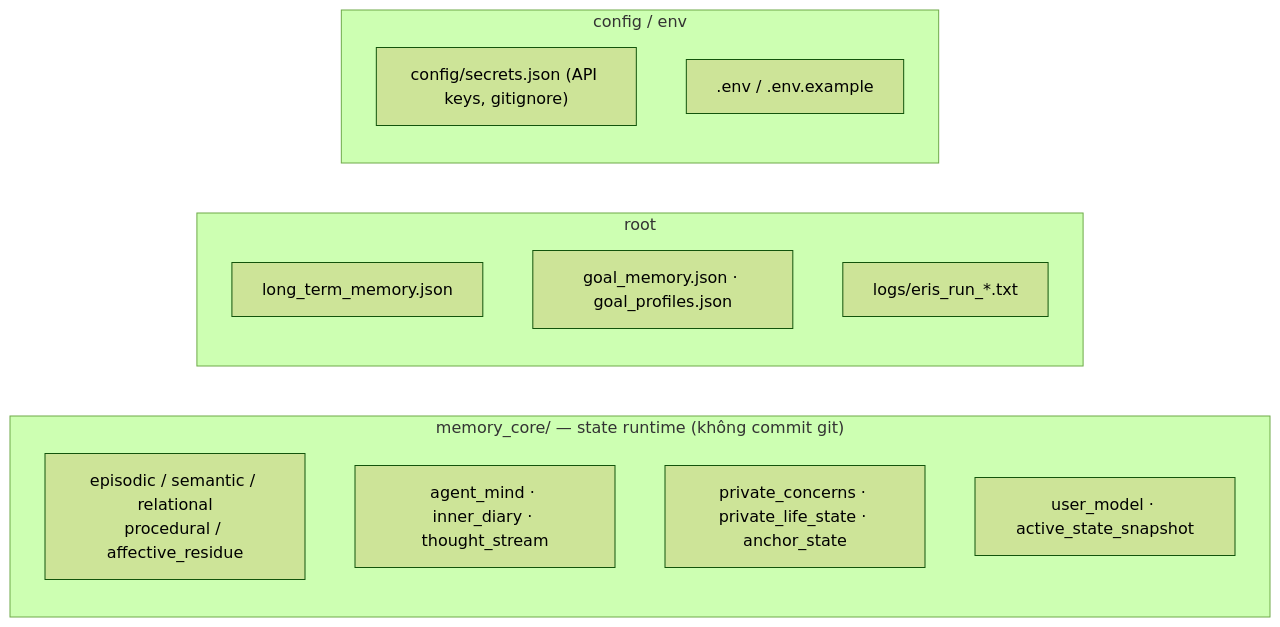
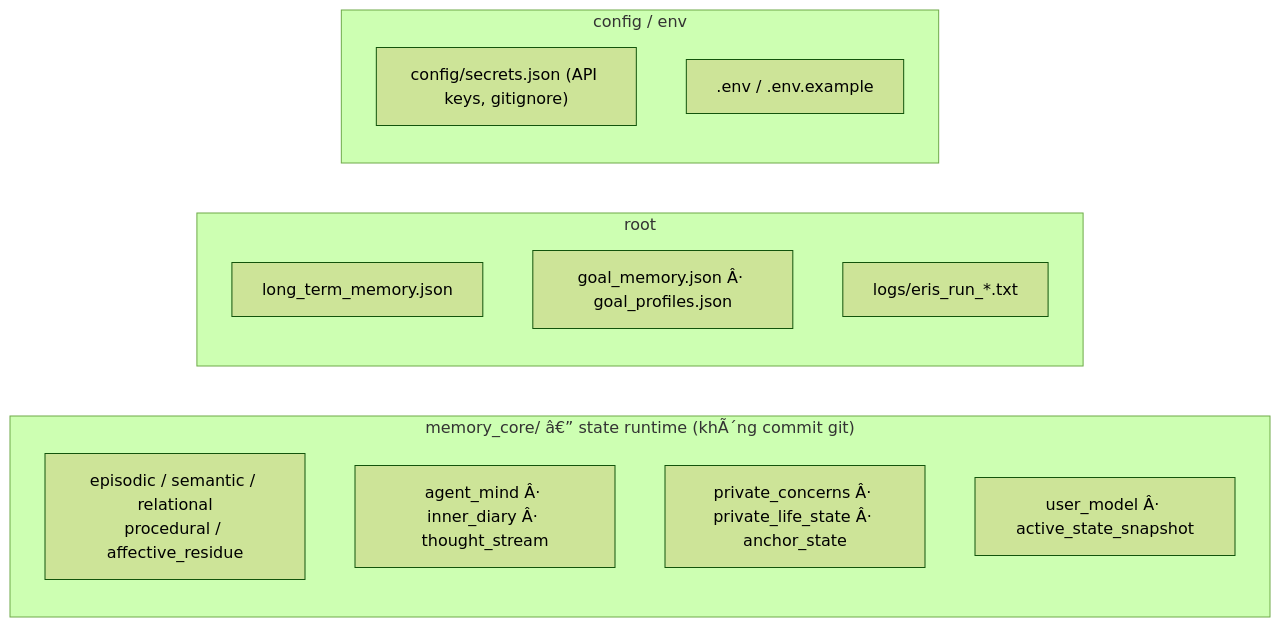
One commit to Gtvkun-ai/eris changed the fifth of 5 diagrams in docs/architecture-graph.md. Above: the diagram before and after it, drawn with Mermaid (forest theme). The commit also changed other lines of this file and 79 other files, not shown here.

````diff
--- a/docs/architecture-graph.md
+++ b/docs/architecture-graph.md
@@ -155,18 +155,18 @@
 ```mermaid
 flowchart LR
-    subgraph MC["memory_core/ — state runtime (không commit git)"]
+    subgraph MC["memory_core/ â€” state runtime (khÃ´ng commit git)"]
         EP["episodic / semantic / relational<br/>procedural / affective_residue"]
-        MIND["agent_mind · inner_diary · thought_stream"]
-        LIFE["private_concerns · private_life_state · anchor_state"]
-        USER["user_model · active_state_snapshot"]
+        MIND["agent_mind Â· inner_diary Â· thought_stream"]
+        LIFE["private_concerns Â· private_life_state Â· anchor_state"]
+        USER["user_model Â· active_state_snapshot"]
     end
     subgraph ROOT["root"]
         LTM["long_term_memory.json"]
-        GOAL["goal_memory.json · goal_profiles.json"]
+        GOAL["goal_memory.json Â· goal_profiles.json"]
         LOGS["logs/eris_run_*.txt"]
     end
     subgraph CFG["config / env"]
         SEC["config/secrets.json (API keys, gitignore)"]
         ENVF[".env / .env.example"]
     end
 ```
````
